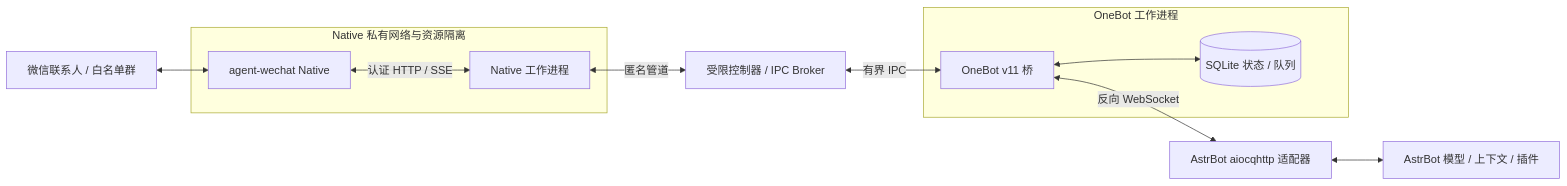
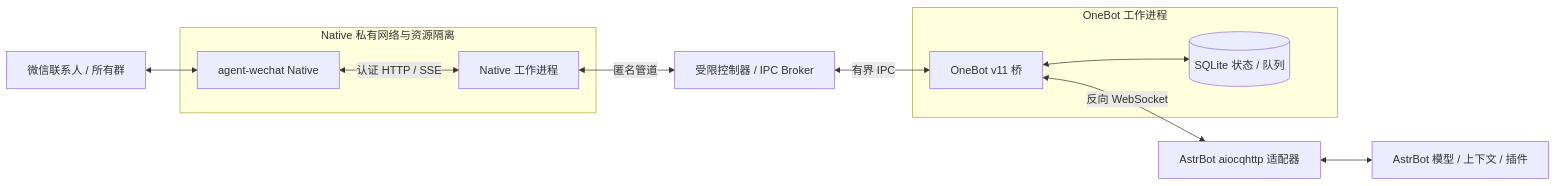
Before and after one commit to MukPun/MukPun-WeChat: the diagram in README.md, drawn with Mermaid. The commit also changed other lines of this file and 19 other files, not shown here.

````diff
--- a/README.md
+++ b/README.md
@@ -33,22 +34,22 @@
 ```mermaid
 flowchart LR
-    WX[微信联系人 / 白名单群]
+    WX[微信联系人 / 所有群]
     subgraph NativeZone[Native 私有网络与资源隔离]
         SDK[agent-wechat Native]
         NW[Native 工作进程]
     end
     RC[受限控制器 / IPC Broker]
     subgraph OneBotZone[OneBot 工作进程]
         DB[(SQLite 状态 / 队列)]
         OB[OneBot v11 桥]
     end
     AB[AstrBot aiocqhttp 适配器]
     AI[AstrBot 模型 / 上下文 / 插件]
     WX <--> SDK
     SDK <-->|认证 HTTP / SSE| NW
     NW <-->|匿名管道| RC
     RC <-->|有界 IPC| OB
     OB <--> DB
     OB <-->|反向 WebSocket| AB
     AB <--> AI
 ```
````
